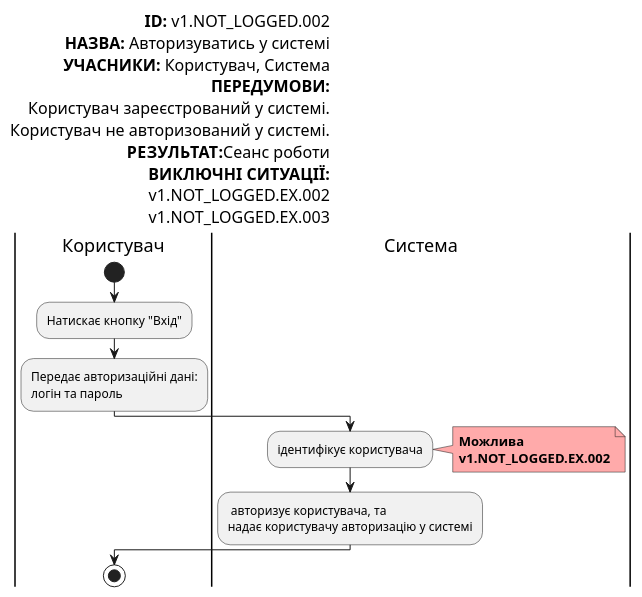
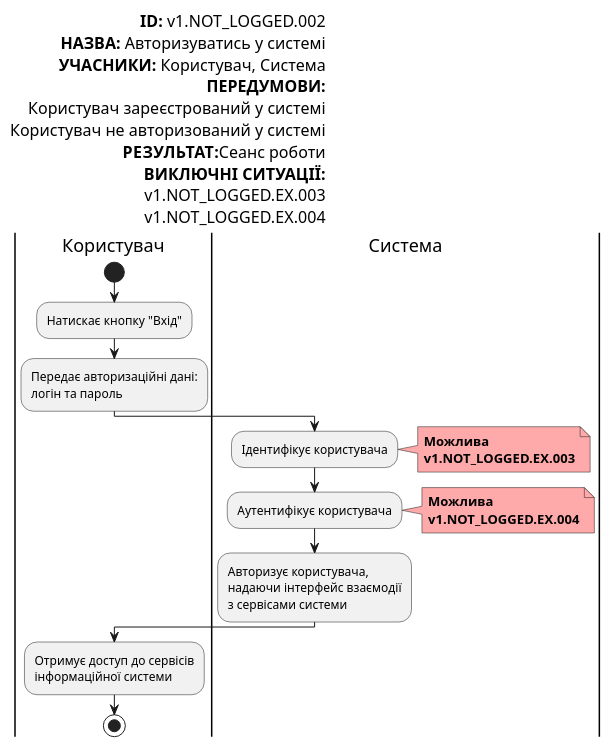
Before and after one commit to gurug-prog/survey-expert: the sixth of 23 diagrams in docs/use-cases/README.md, drawn with PlantUML. The commit also changed other lines of this file, not shown here.

```diff
--- a/docs/use-cases/README.md
+++ b/docs/use-cases/README.md
@@ -158,36 +160,48 @@
   @startuml
 
       left header
            <font color=000 size=16><b>ID:</b> v1.NOT_LOGGED.002
            <font color=000 size=16><b>НАЗВА:</b> Авторизуватись у системі
            <font color=000 size=16><b>УЧАСНИКИ:</b> Користувач, Система
            <font color=000 size=16><b>ПЕРЕДУМОВИ:</b>
-           <font color=000 size=16>Користувач зареєстрований у системі.
-           <font color=000 size=16>Користувач не авторизований у системі.
+           <font color=000 size=16>Користувач зареєстрований у системі
+           <font color=000 size=16>Користувач не авторизований у системі
            <font color=000 size=16><b>РЕЗУЛЬТАТ:</b>Сеанс роботи
            <font color=000 size=16><b>ВИКЛЮЧНІ СИТУАЦІЇ:</b>
-           <font color=000 size=16>v1.NOT_LOGGED.EX.002
            <font color=000 size=16>v1.NOT_LOGGED.EX.003
+           <font color=000 size=16>v1.NOT_LOGGED.EX.004
        end header
 
        |Користувач|
            start
            :Натискає кнопку "Вхід";
            :Передає авторизаційні дані:
            логін та пароль;
 
        |Система|
-           :ідентифікує користувача;
+           :Ідентифікує користувача;
 
            note right #ffaaaa
            <b>Можлива</b>
-           <b>v1.NOT_LOGGED.EX.002</b>
+           <b>v1.NOT_LOGGED.EX.003</b>
            end note
 
-           : авторизує користувача, та
-           надає користувачу авторизацію у системі;
+           :Аутентифікує користувача;
+
+           note right #ffaaaa
+           <b>Можлива</b>
+           <b>v1.NOT_LOGGED.EX.004</b>
+           end note
+
+           :Авторизує користувача,
+           надаючи інтерфейс взаємодії
+           з сервісами системи;
 
          |Користувач|
-             stop;
+
+            :Отримує доступ до сервісів
+            інформаційної системи;
+
+            stop;
 
   @enduml
```
